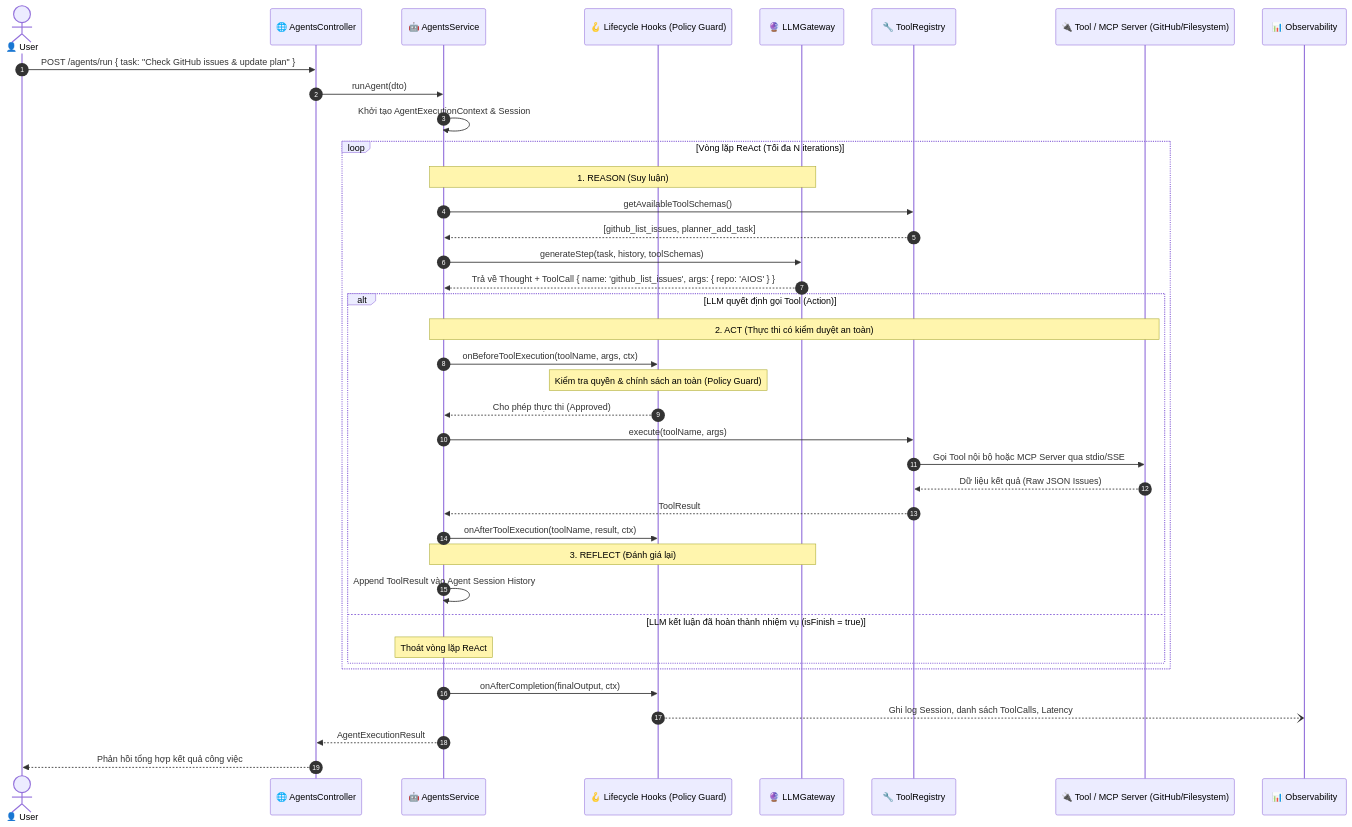
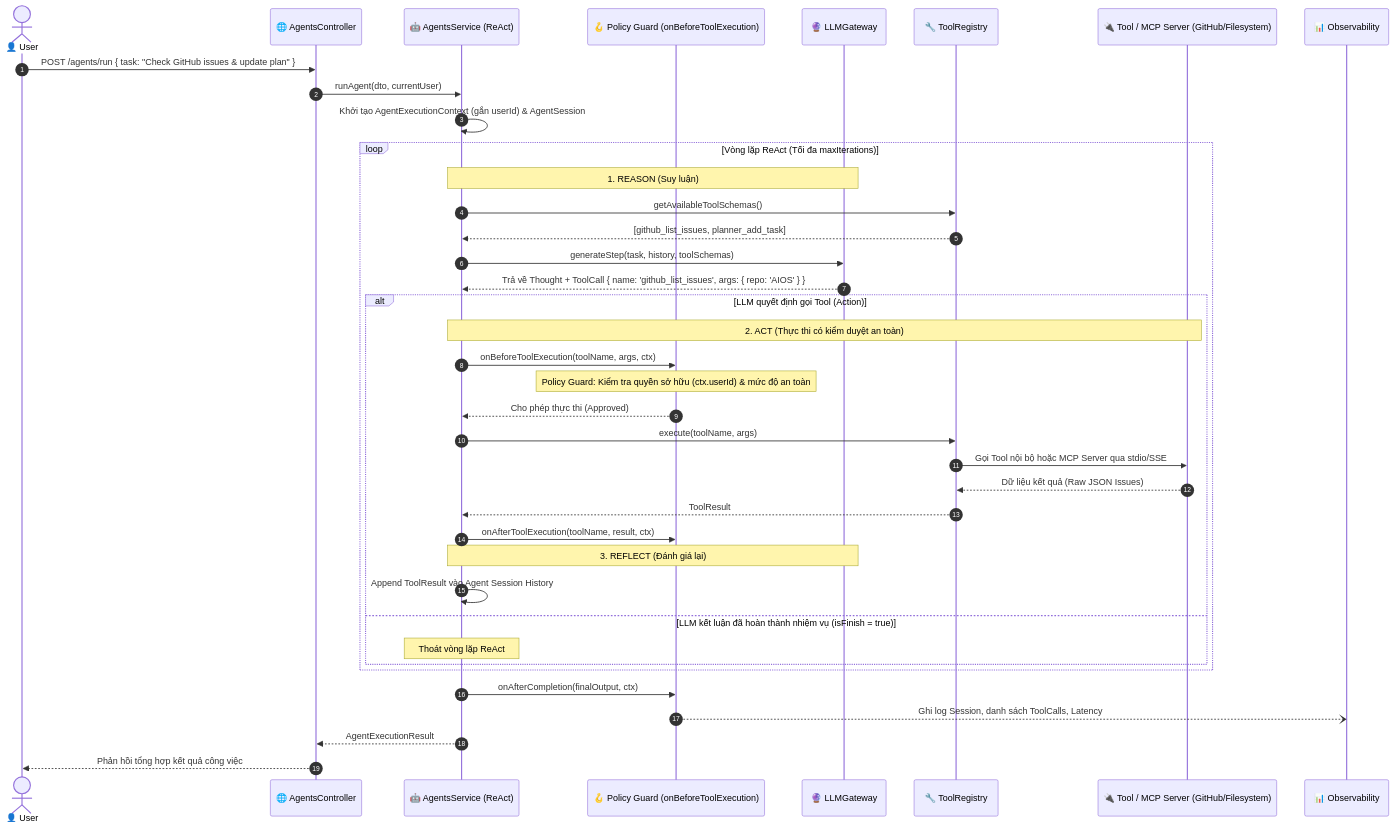
Before and after one commit to thaoakatim/AIOS: the second of 4 diagrams in docs/request-flow.md, drawn with Mermaid. The commit also changed other lines of this file and 10 other files, not shown here.

First line of the commit message:
Refactor Memory Module Documentation and Request Flow

````diff
--- a/docs/request-flow.md
+++ b/docs/request-flow.md
@@ -126,48 +102,48 @@
 ```mermaid
 sequenceDiagram
     autonumber
     actor User as 👤 User
     participant API as 🌐 AgentsController
-    participant Svc as 🤖 AgentsService
-    participant Hook as 🪝 Lifecycle Hooks (Policy Guard)
+    participant Svc as 🤖 AgentsService (ReAct)
+    participant Hook as 🪝 Policy Guard (onBeforeToolExecution)
     participant LLM as 🔮 LLMGateway
     participant Registry as 🔧 ToolRegistry
     participant MCP as 🔌 Tool / MCP Server (GitHub/Filesystem)
     participant OBS as 📊 Observability
 
     User->>API: POST /agents/run { task: "Check GitHub issues & update plan" }
-    API->>Svc: runAgent(dto)
-    Svc->>Svc: Khởi tạo AgentExecutionContext & Session
+    API->>Svc: runAgent(dto, currentUser)
+    Svc->>Svc: Khởi tạo AgentExecutionContext (gắn userId) & AgentSession
 
-    loop Vòng lặp ReAct (Tối đa N iterations)
+    loop Vòng lặp ReAct (Tối đa maxIterations)
         Note over Svc,LLM: 1. REASON (Suy luận)
         Svc->>Registry: getAvailableToolSchemas()
         Registry-->>Svc: [github_list_issues, planner_add_task]
         Svc->>LLM: generateStep(task, history, toolSchemas)
         LLM-->>Svc: Trả về Thought + ToolCall { name: 'github_list_issues', args: { repo: 'AIOS' } }
 
         alt LLM quyết định gọi Tool (Action)
             Note over Svc,MCP: 2. ACT (Thực thi có kiểm duyệt an toàn)
             Svc->>Hook: onBeforeToolExecution(toolName, args, ctx)
-            Note over Hook: Kiểm tra quyền & chính sách an toàn (Policy Guard)
+            Note over Hook: Policy Guard: Kiểm tra quyền sở hữu (ctx.userId) & mức độ an toàn
             Hook-->>Svc: Cho phép thực thi (Approved)
 
             Svc->>Registry: execute(toolName, args)
             Registry->>MCP: Gọi Tool nội bộ hoặc MCP Server qua stdio/SSE
             MCP-->>Registry: Dữ liệu kết quả (Raw JSON Issues)
             Registry-->>Svc: ToolResult
 
             Svc->>Hook: onAfterToolExecution(toolName, result, ctx)
 
             Note over Svc,LLM: 3. REFLECT (Đánh giá lại)
             Svc->>Svc: Append ToolResult vào Agent Session History
         else LLM kết luận đã hoàn thành nhiệm vụ (isFinish = true)
             Note over Svc: Thoát vòng lặp ReAct
         end
     end
 
     Svc->>Hook: onAfterCompletion(finalOutput, ctx)
     Hook--)OBS: Ghi log Session, danh sách ToolCalls, Latency
     Svc-->>API: AgentExecutionResult
     API-->>User: Phản hồi tổng hợp kết quả công việc
 ```
````
